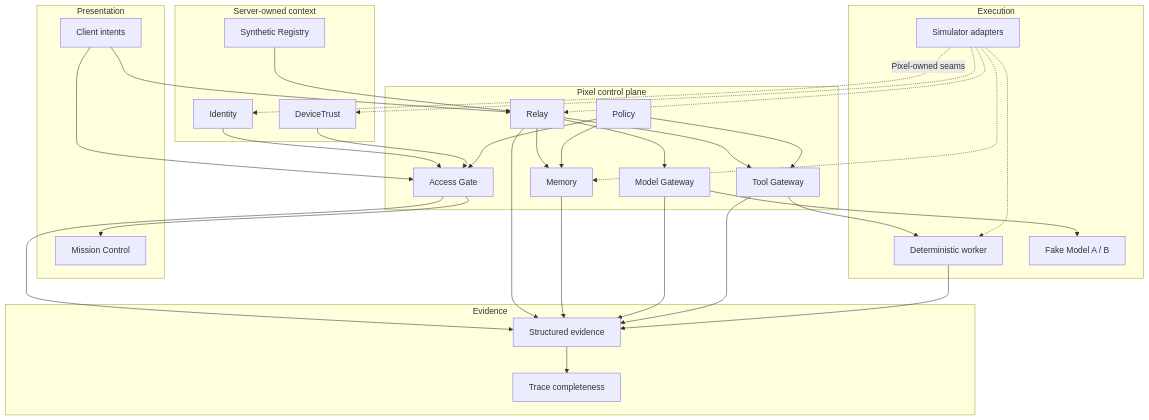
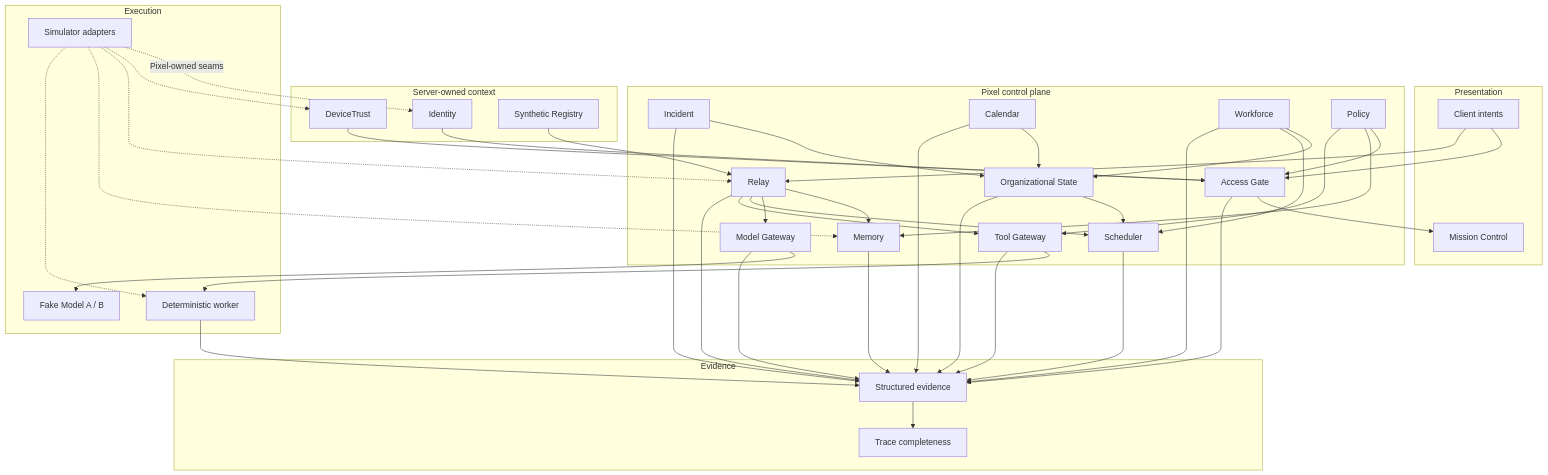
The diagram in ARCHITECTURE.md (GrimClawBot/Pixel-HQ-OSS), drawn with Mermaid before and after one commit. The commit also changed other lines of this file and 133 other files, not shown here.

````diff
--- a/ARCHITECTURE.md
+++ b/ARCHITECTURE.md
@@ -11,63 +13,79 @@
 ```mermaid
 flowchart TB
     subgraph Presentation
       MC[Mission Control]
       CL[Client intents]
     end
 
     subgraph ControlPlane[Pixel control plane]
       AG[Access Gate]
       R[Relay]
       M[Memory]
       MG[Model Gateway]
+      OS[Organizational State]
+      S[Scheduler]
+      IN[Incident]
+      CAL[Calendar]
+      WF[Workforce]
       TG[Tool Gateway]
       POL[Policy]
     end
 
     subgraph Context[Server-owned context]
       ID[Identity]
       DT[DeviceTrust]
       REG[Synthetic Registry]
     end
 
     subgraph Execution
       WK[Deterministic worker]
       SIM[Simulator adapters]
       FM[Fake Model A / B]
     end
 
     subgraph Evidence
       EV[Structured evidence]
       TC[Trace completeness]
     end
 
     CL --> AG
     ID --> AG
     DT --> AG
     POL --> AG
     AG --> MC
 
     CL --> R
     REG --> R
     R --> M
     R --> MG
+    R --> S
     R --> TG
+    IN --> OS
+    CAL --> OS
+    WF --> OS
+    OS --> S
+    WF --> S
     POL --> M
     POL --> TG
     TG --> WK
     MG --> FM
 
     SIM -. Pixel-owned seams .-> ID
     SIM -.-> DT
     SIM -.-> R
     SIM -.-> M
     SIM -.-> WK
 
     AG --> EV
     R --> EV
     M --> EV
     MG --> EV
+    OS --> EV
+    S --> EV
+    IN --> EV
+    CAL --> EV
+    WF --> EV
     TG --> EV
     WK --> EV
     EV --> TC
 ```
````
